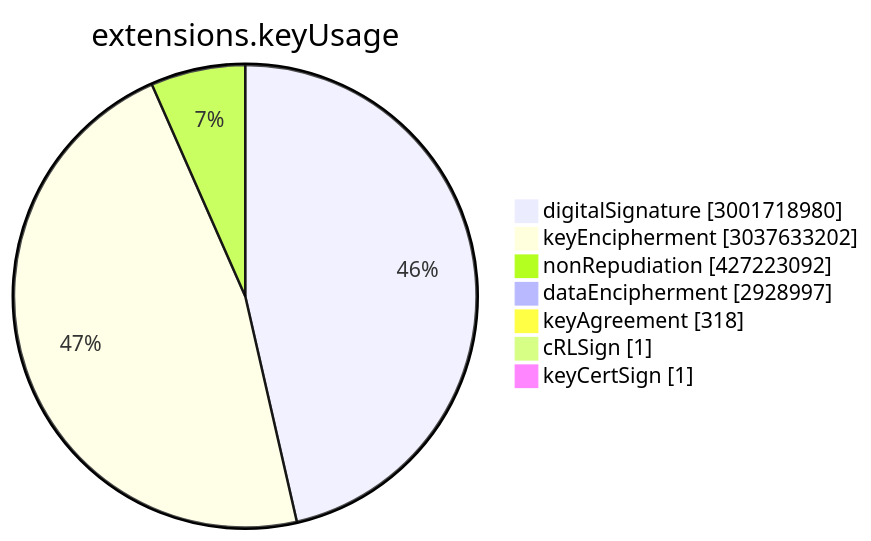
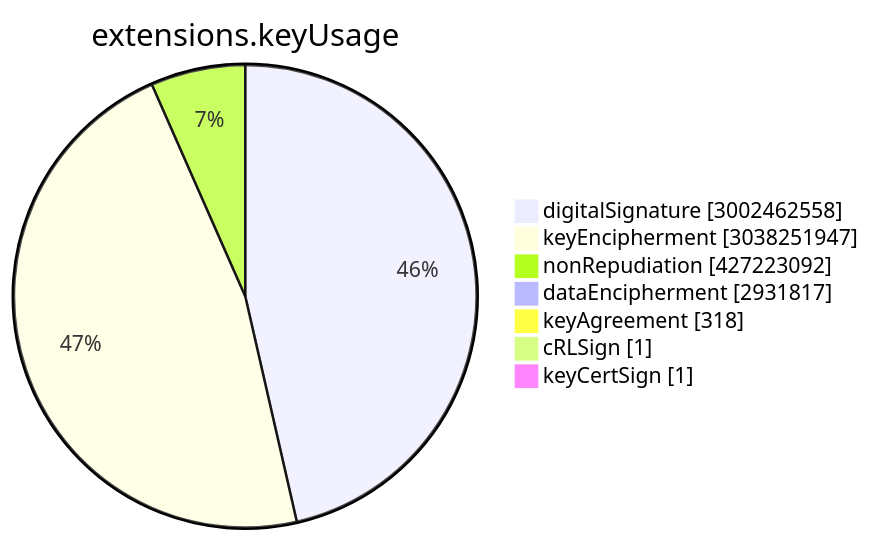
The sixth of 15 diagrams in TOTAL/README.md (christiankrug/ctmonitor_visualization), drawn with Mermaid before and after one commit. The commit also changed other lines of this file, not shown here.

````diff
--- a/TOTAL/README.md
+++ b/TOTAL/README.md
@@ -3074,11 +3074,11 @@
 ```mermaid
 pie showData
 title extensions.keyUsage
-"digitalSignature" :3001718980
-"keyEncipherment" :3037633202
+"digitalSignature" :3002462558
+"keyEncipherment" :3038251947
 "nonRepudiation" :427223092
-"dataEncipherment" :2928997
+"dataEncipherment" :2931817
 "keyAgreement" :318
 "cRLSign" :1
 "keyCertSign" :1
 ```
````
